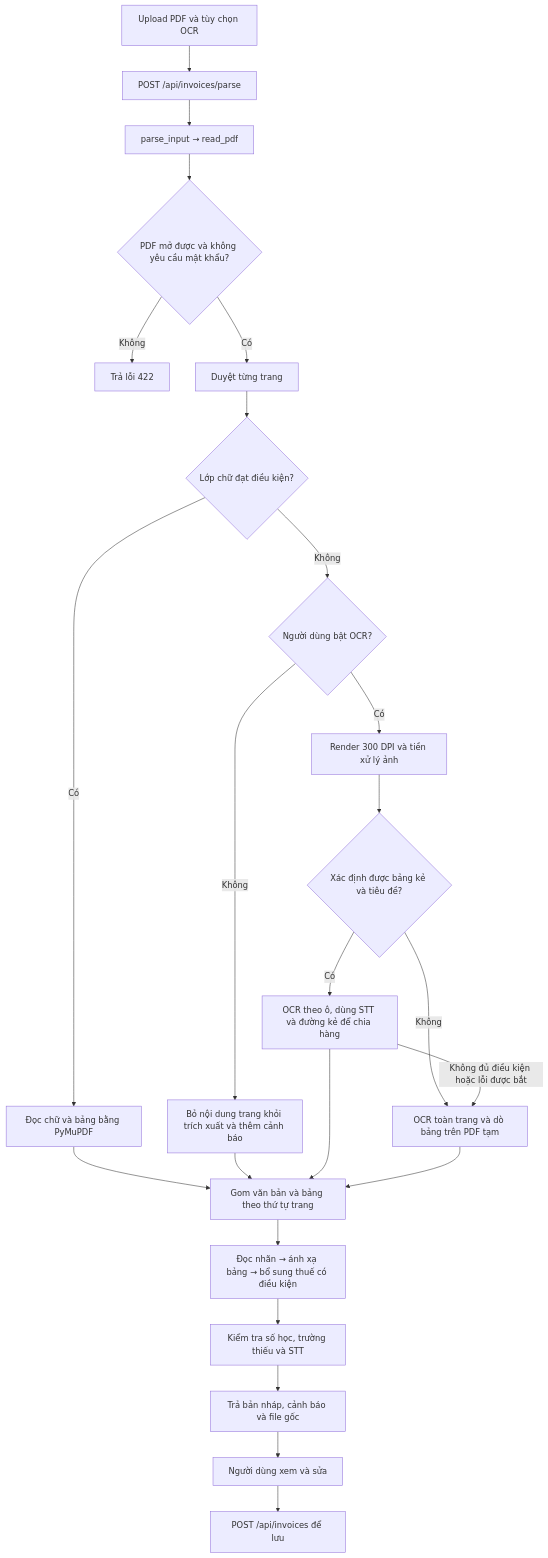
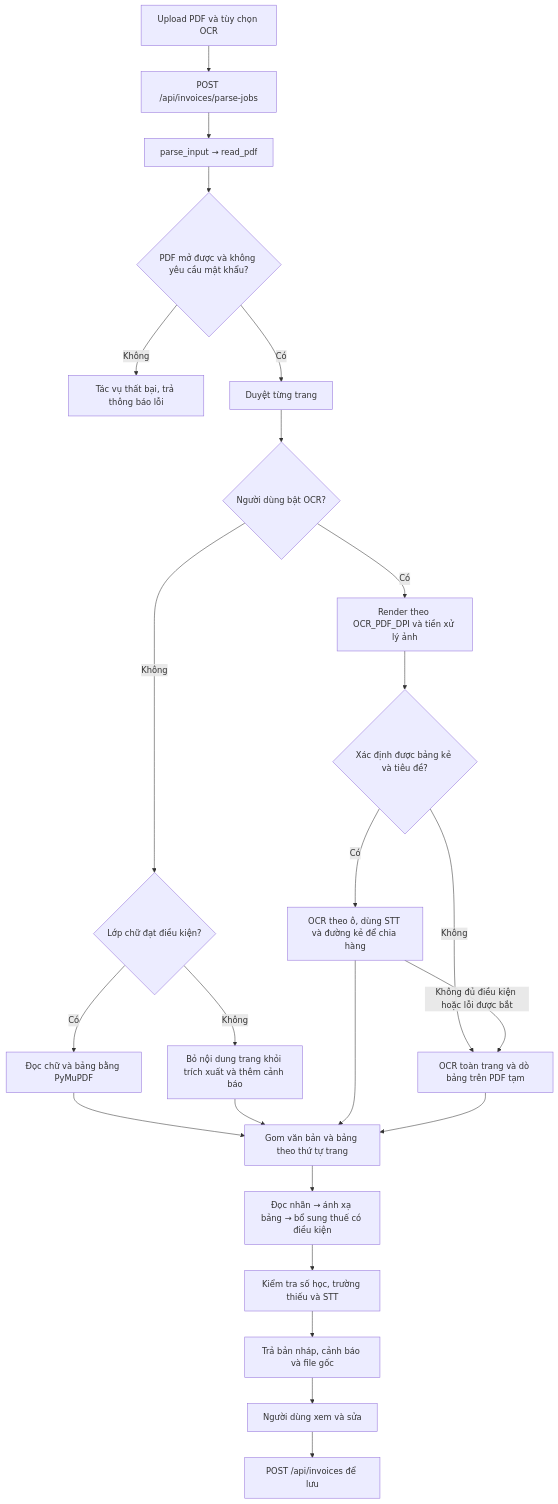
Before and after one commit to Strangerinhp/Receipt_reader: the diagram in PDF_PROCESSING.md, drawn with Mermaid. The commit also changed other lines of this file and 14 other files, not shown here.

````diff
--- a/PDF_PROCESSING.md
+++ b/PDF_PROCESSING.md
@@ -23,26 +23,26 @@
 ```mermaid
 flowchart TD
-    A[Upload PDF và tùy chọn OCR] --> B[POST /api/invoices/parse]
+    A[Upload PDF và tùy chọn OCR] --> B[POST /api/invoices/parse-jobs]
     B --> C[parse_input → read_pdf]
     C --> D{PDF mở được và không yêu cầu mật khẩu?}
-    D -- Không --> E[Trả lỗi 422]
+    D -- Không --> E[Tác vụ thất bại, trả thông báo lỗi]
     D -- Có --> F[Duyệt từng trang]
-    F --> G{Lớp chữ đạt điều kiện?}
+    F --> I{Người dùng bật OCR?}
+    I -- Không --> G{Lớp chữ đạt điều kiện?}
     G -- Có --> H[Đọc chữ và bảng bằng PyMuPDF]
-    G -- Không --> I{Người dùng bật OCR?}
-    I -- Không --> J[Bỏ nội dung trang khỏi trích xuất và thêm cảnh báo]
-    I -- Có --> K[Render 300 DPI và tiền xử lý ảnh]
+    G -- Không --> J[Bỏ nội dung trang khỏi trích xuất và thêm cảnh báo]
+    I -- Có --> K[Render theo OCR_PDF_DPI và tiền xử lý ảnh]
     K --> L{Xác định được bảng kẻ và tiêu đề?}
     L -- Có --> M[OCR theo ô, dùng STT và đường kẻ để chia hàng]
     L -- Không --> N[OCR toàn trang và dò bảng trên PDF tạm]
     M -- Không đủ điều kiện hoặc lỗi được bắt --> N
     H --> O[Gom văn bản và bảng theo thứ tự trang]
     J --> O
     M --> O
     N --> O
     O --> P[Đọc nhãn → ánh xạ bảng → bổ sung thuế có điều kiện]
     P --> Q[Kiểm tra số học, trường thiếu và STT]
     Q --> R[Trả bản nháp, cảnh báo và file gốc]
     R --> S[Người dùng xem và sửa]
     S --> T[POST /api/invoices để lưu]
 ```
````
